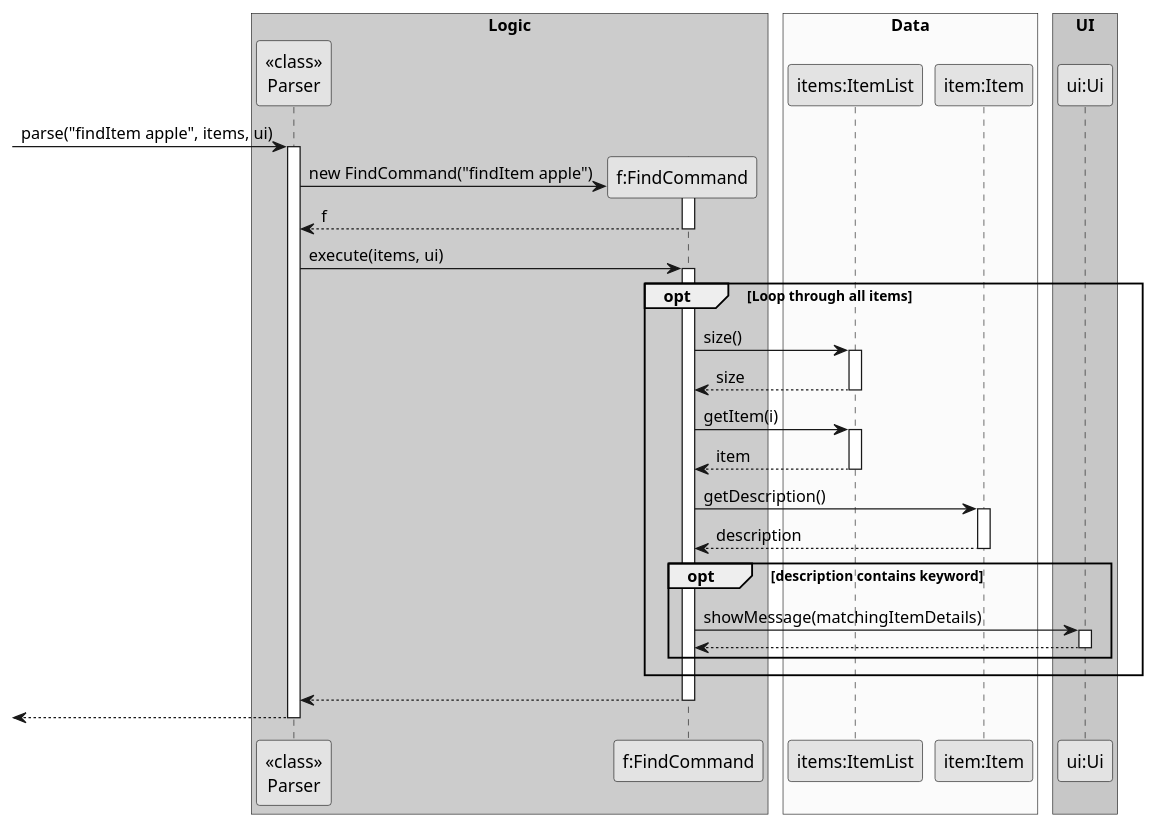
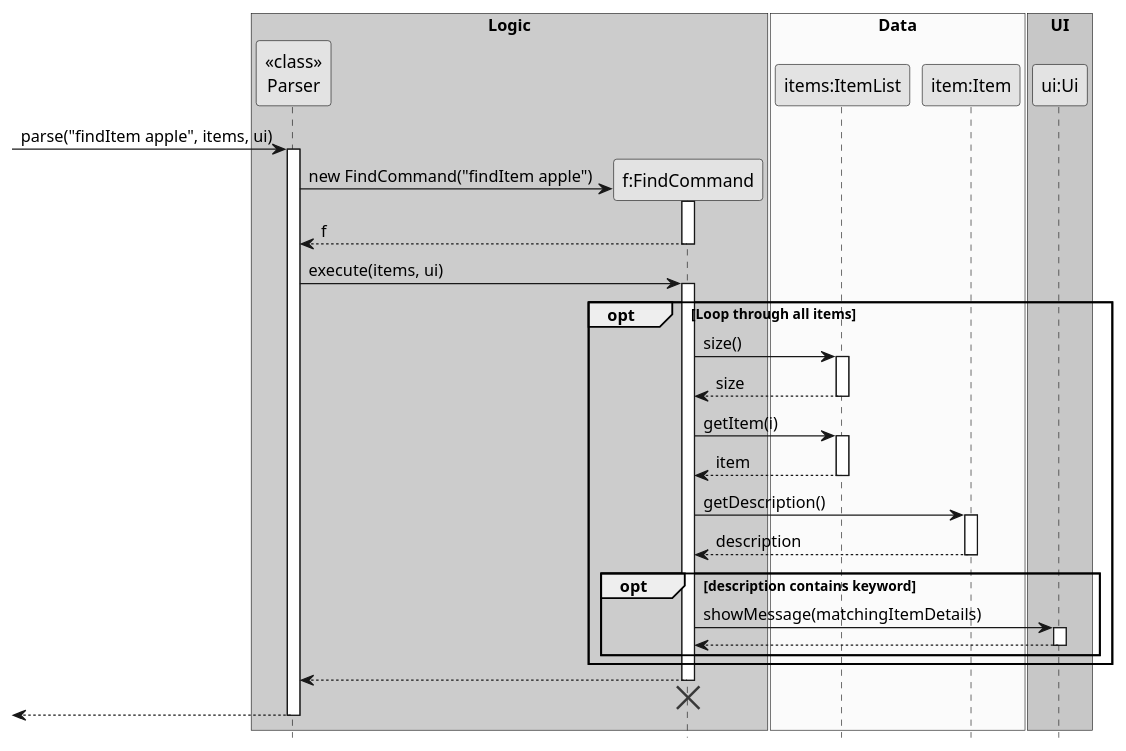
One commit to fmohamedfaras/tp changed the diagram in docs/diagrams/FindSequenceDiagram.puml. Above: the diagram before and after it, drawn with PlantUML. The commit also changed 14 other files, not shown here.

First line of the commit message:
Edit uml sequence diagrams

```diff
--- a/docs/diagrams/FindSequenceDiagram.puml
+++ b/docs/diagrams/FindSequenceDiagram.puml
@@ -1,63 +1,65 @@
 @startuml
-!pragma teoz true
 skinparam monochrome true
 skinparam shadowing false
 hide circle
+hide footbox
 
 box "Logic" #LightBlue
 participant "<<class>>\nParser" as Parser
 participant "f:FindCommand" as FindCommand
 end box
 
 box "Data" #LightYellow
 participant "items:ItemList" as ItemList
 participant "item:Item" as Item
 end box
 
 box "UI" #LightGreen
 participant "ui:Ui" as Ui
 end box
 
 -> Parser : parse("findItem apple", items, ui)
 activate Parser
 
 create FindCommand
 Parser -> FindCommand : new FindCommand("findItem apple")
 activate FindCommand
 FindCommand --> Parser : f
 deactivate FindCommand
 
 Parser -> FindCommand : execute(items, ui)
 activate FindCommand
 
 opt Loop through all items
     FindCommand -> ItemList : size()
     activate ItemList
     ItemList --> FindCommand : size
     deactivate ItemList
 
     FindCommand -> ItemList : getItem(i)
     activate ItemList
     ItemList --> FindCommand : item
     deactivate ItemList
 
     FindCommand -> Item : getDescription()
     activate Item
     Item --> FindCommand : description
     deactivate Item
 
     opt description contains keyword
         FindCommand -> Ui : showMessage(matchingItemDetails)
         activate Ui
         Ui --> FindCommand
         deactivate Ui
     end
 end
 
 FindCommand --> Parser
 deactivate FindCommand
+FindCommand -[hidden]-> Parser
+destroy FindCommand
 
 <-- Parser
 deactivate Parser
 
 @enduml
```
